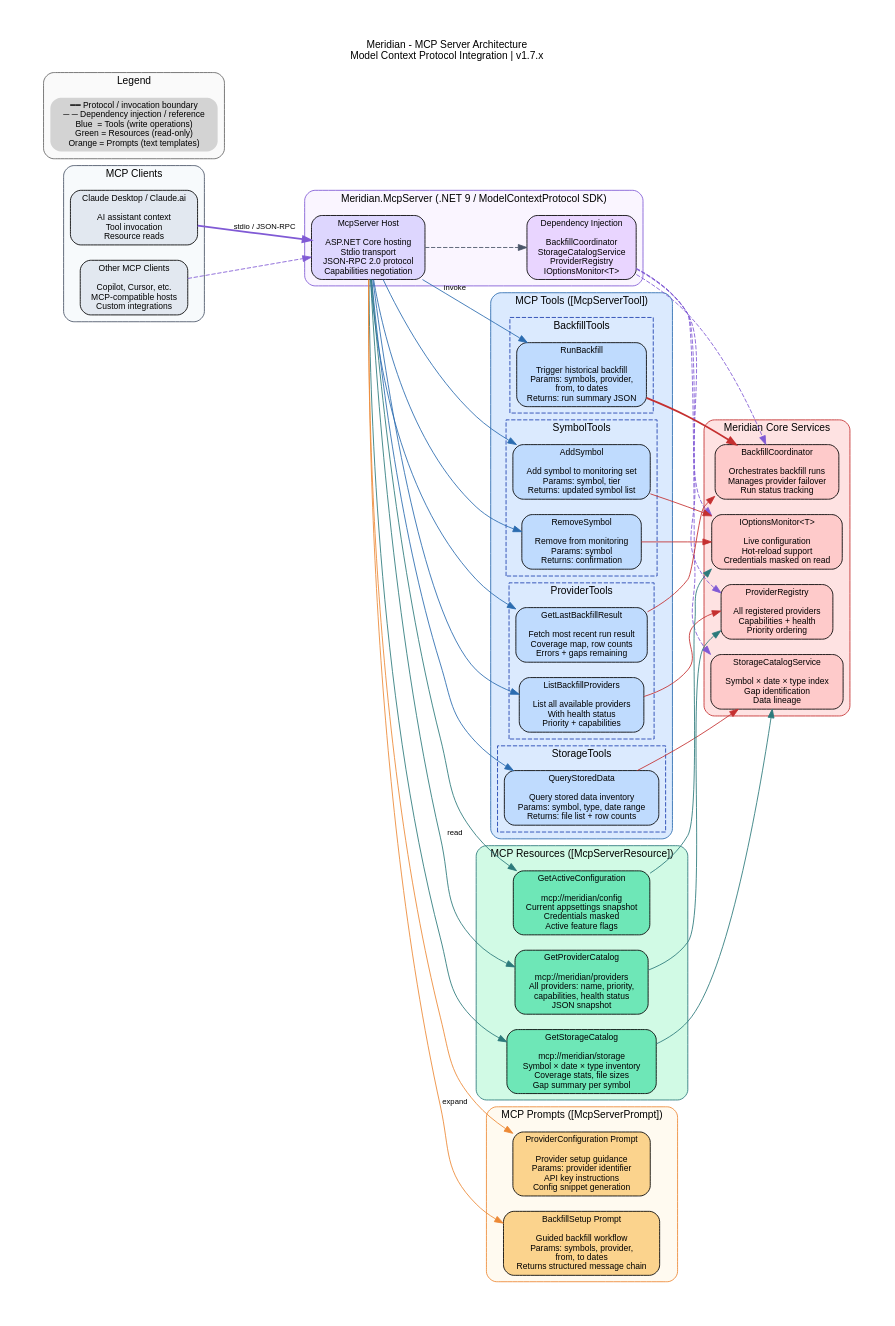
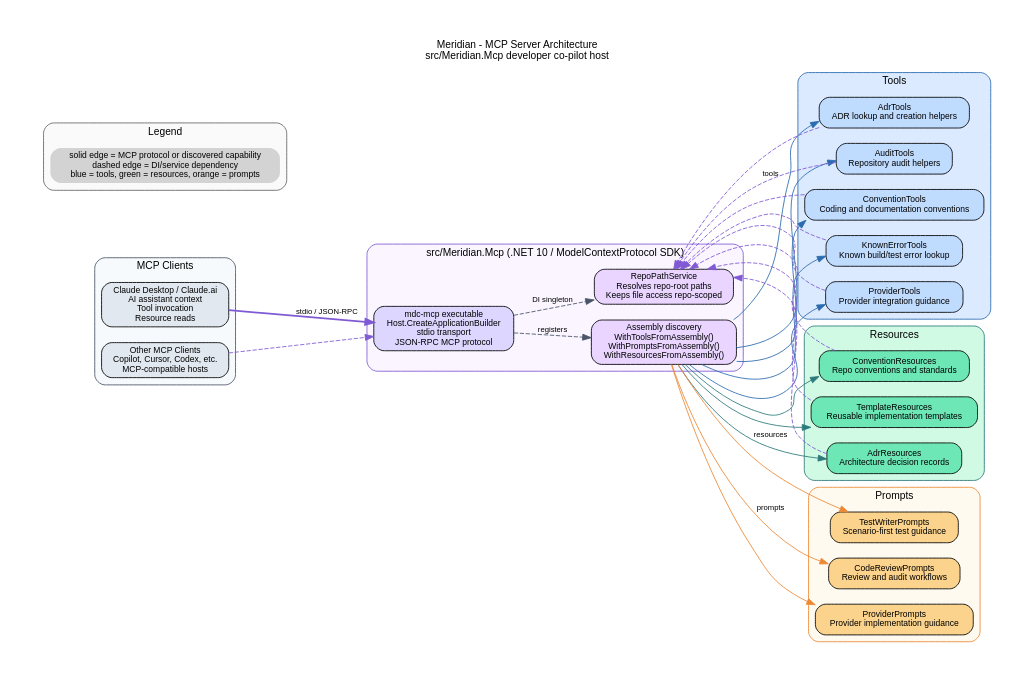
The diagram in docs/diagrams/architecture/platform/mcp-server.dot (rodoHasArrived/Meridian-main), drawn with Graphviz before and after one commit. The commit also changed 85 other files, not shown here.

First line of the commit message:
Regenerate diagrams and add ledger tests

```diff
--- a/docs/diagrams/architecture/platform/mcp-server.dot
+++ b/docs/diagrams/architecture/platform/mcp-server.dot
@@ -1,197 +1,130 @@
 // MCP Server Architecture Diagram
-// Meridian v1.7.x
-// Last Updated: 2026-03-24
+// Meridian current project state
+// Last Updated: 2026-05-28
 //
-// This diagram shows the Model Context Protocol (MCP) server architecture:
-// tools, resources, prompts, and how they integrate with Meridian's core services.
-//
-// Generate: dot -Tpng mcp-server.dot -o mcp-server.png
-//           dot -Tsvg mcp-server.dot -o mcp-server.svg
+// This diagram reflects the active src/Meridian.Mcp host.
+// Render with: npm run generate-diagrams -- --all or Graphviz dot.
 
 digraph McpServer {
   rankdir=LR;
   graph [fontname="Helvetica", fontsize=12, bgcolor="white", compound=true, pad=0.5];
   node  [fontname="Helvetica", fontsize=10, shape=box, style="rounded,filled"];
   edge  [fontname="Helvetica", fontsize=9, color="#4a5568"];
 
-  // Title
   labelloc="t";
-  label="Meridian - MCP Server Architecture\nModel Context Protocol Integration | v1.7.x";
+  label="Meridian - MCP Server Architecture\nsrc/Meridian.Mcp developer co-pilot host";
 
-  // MCP Clients
   subgraph cluster_clients {
     label="MCP Clients";
     color="#4a5568";
     style="rounded";
     bgcolor="#f7fafc";
 
     CLAUDE_CLIENT [fillcolor="#e2e8f0",
-                   label="Claude Desktop / Claude.ai\n\nAI assistant context\nTool invocation\nResource reads"];
+                   label="Claude Desktop / Claude.ai\nAI assistant context\nTool invocation\nResource reads"];
 
     OTHER_CLIENT [fillcolor="#e2e8f0",
-                  label="Other MCP Clients\n\nCopilot, Cursor, etc.\nMCP-compatible hosts\nCustom integrations"];
+                  label="Other MCP Clients\nCopilot, Cursor, Codex, etc.\nMCP-compatible hosts"];
   }
 
-  // MCP Server Host
   subgraph cluster_server {
-    label="Meridian.McpServer (.NET 9 / ModelContextProtocol SDK)";
+    label="src/Meridian.Mcp (.NET 10 / ModelContextProtocol SDK)";
     color="#805ad5";
     style="rounded";
     bgcolor="#faf5ff";
 
     MCP_HOST [fillcolor="#ddd6fe",
-              label="McpServer Host\n\nASP.NET Core hosting\nStdio transport\nJSON-RPC 2.0 protocol\nCapabilities negotiation"];
+              label="mdc-mcp executable\nHost.CreateApplicationBuilder\nstdio transport\nJSON-RPC MCP protocol"];
 
-    DI [fillcolor="#e9d5ff",
-        label="Dependency Injection\n\nBackfillCoordinator\nStorageCatalogService\nProviderRegistry\nIOptionsMonitor<T>"];
+    DISCOVERY [fillcolor="#e9d5ff",
+               label="Assembly discovery\nWithToolsFromAssembly()\nWithPromptsFromAssembly()\nWithResourcesFromAssembly()"];
+
+    REPO_PATH [fillcolor="#e9d5ff",
+               label="RepoPathService\nResolves repo-root paths\nKeeps file access repo-scoped"];
   }
 
-  // Tools
   subgraph cluster_tools {
-    label="MCP Tools ([McpServerTool])";
+    label="Tools";
     color="#2b6cb0";
     style="rounded";
     bgcolor="#dbeafe";
 
-    subgraph cluster_backfill_tools {
-      label="BackfillTools";
-      style="dashed";
-      color="#1e40af";
-
-      T_BACKFILL [fillcolor="#bfdbfe",
-                  label="RunBackfill\n\nTrigger historical backfill\nParams: symbols, provider,\nfrom, to dates\nReturns: run summary JSON"];
-    }
-
-    subgraph cluster_symbol_tools {
-      label="SymbolTools";
-      style="dashed";
-      color="#1e40af";
-
-      T_ADD_SYM [fillcolor="#bfdbfe",
-                 label="AddSymbol\n\nAdd symbol to monitoring set\nParams: symbol, tier\nReturns: updated symbol list"];
-
-      T_RM_SYM [fillcolor="#bfdbfe",
-                label="RemoveSymbol\n\nRemove from monitoring\nParams: symbol\nReturns: confirmation"];
-    }
-
-    subgraph cluster_provider_tools {
-      label="ProviderTools";
-      style="dashed";
-      color="#1e40af";
-
-      T_LIST_PROV [fillcolor="#bfdbfe",
-                   label="ListBackfillProviders\n\nList all available providers\nWith health status\nPriority + capabilities"];
-
-      T_LAST_RESULT [fillcolor="#bfdbfe",
-                     label="GetLastBackfillResult\n\nFetch most recent run result\nCoverage map, row counts\nErrors + gaps remaining"];
-    }
-
-    subgraph cluster_storage_tools {
-      label="StorageTools";
-      style="dashed";
-      color="#1e40af";
-
-      T_QUERY [fillcolor="#bfdbfe",
-               label="QueryStoredData\n\nQuery stored data inventory\nParams: symbol, type, date range\nReturns: file list + row counts"];
-    }
+    ADR_TOOLS [fillcolor="#bfdbfe",
+               label="AdrTools\nADR lookup and creation helpers"];
+    AUDIT_TOOLS [fillcolor="#bfdbfe",
+                 label="AuditTools\nRepository audit helpers"];
+    CONVENTION_TOOLS [fillcolor="#bfdbfe",
+                      label="ConventionTools\nCoding and documentation conventions"];
+    KNOWN_ERROR_TOOLS [fillcolor="#bfdbfe",
+                       label="KnownErrorTools\nKnown build/test error lookup"];
+    PROVIDER_TOOLS [fillcolor="#bfdbfe",
+                    label="ProviderTools\nProvider integration guidance"];
   }
 
-  // Resources
   subgraph cluster_resources {
-    label="MCP Resources ([McpServerResource])";
+    label="Resources";
     color="#2c7a7b";
     style="rounded";
     bgcolor="#d1fae5";
 
-    R_CATALOG [fillcolor="#6ee7b7",
-               label="GetProviderCatalog\n\nmcp://meridian/providers\nAll providers: name, priority,\ncapabilities, health status\nJSON snapshot"];
-
-    R_STORAGE [fillcolor="#6ee7b7",
-               label="GetStorageCatalog\n\nmcp://meridian/storage\nSymbol × date × type inventory\nCoverage stats, file sizes\nGap summary per symbol"];
-
-    R_CONFIG [fillcolor="#6ee7b7",
-              label="GetActiveConfiguration\n\nmcp://meridian/config\nCurrent appsettings snapshot\nCredentials masked\nActive feature flags"];
+    ADR_RESOURCES [fillcolor="#6ee7b7",
+                   label="AdrResources\nArchitecture decision records"];
+    CONVENTION_RESOURCES [fillcolor="#6ee7b7",
+                          label="ConventionResources\nRepo conventions and standards"];
+    TEMPLATE_RESOURCES [fillcolor="#6ee7b7",
+                        label="TemplateResources\nReusable implementation templates"];
   }
 
-  // Prompts
   subgraph cluster_prompts {
-    label="MCP Prompts ([McpServerPrompt])";
+    label="Prompts";
     color="#ed8936";
     style="rounded";
     bgcolor="#fffaf0";
 
-    P_BACKFILL [fillcolor="#fbd38d",
-                label="BackfillSetup Prompt\n\nGuided backfill workflow\nParams: symbols, provider,\nfrom, to dates\nReturns structured message chain"];
-
-    P_PROVIDER [fillcolor="#fbd38d",
-                label="ProviderConfiguration Prompt\n\nProvider setup guidance\nParams: provider identifier\nAPI key instructions\nConfig snippet generation"];
+    CODE_REVIEW_PROMPTS [fillcolor="#fbd38d",
+                         label="CodeReviewPrompts\nReview and audit workflows"];
+    PROVIDER_PROMPTS [fillcolor="#fbd38d",
+                      label="ProviderPrompts\nProvider implementation guidance"];
+    TEST_WRITER_PROMPTS [fillcolor="#fbd38d",
+                         label="TestWriterPrompts\nScenario-first test guidance"];
   }
 
-  // Core Services (Meridian backend)
-  subgraph cluster_backend {
-    label="Meridian Core Services";
-    color="#c53030";
-    style="rounded";
-    bgcolor="#fee2e2";
-
-    BACKFILL_SVC [fillcolor="#fecaca",
-                  label="BackfillCoordinator\n\nOrchestrates backfill runs\nManages provider failover\nRun status tracking"];
-
-    STORAGE_CATALOG [fillcolor="#fecaca",
-                     label="StorageCatalogService\n\nSymbol × date × type index\nGap identification\nData lineage"];
-
-    PROVIDER_REG [fillcolor="#fecaca",
-                  label="ProviderRegistry\n\nAll registered providers\nCapabilities + health\nPriority ordering"];
-
-    CONFIG_SVC [fillcolor="#fecaca",
-                label="IOptionsMonitor<T>\n\nLive configuration\nHot-reload support\nCredentials masked on read"];
-  }
-
-  // Client → Server
   CLAUDE_CLIENT -> MCP_HOST [color="#805ad5", penwidth=2, label="stdio / JSON-RPC"];
   OTHER_CLIENT -> MCP_HOST [color="#805ad5", penwidth=1, style=dashed];
 
-  // Server → components
-  MCP_HOST -> DI [style=dashed];
-  MCP_HOST -> T_BACKFILL [color="#2b6cb0", label="invoke"];
-  MCP_HOST -> T_ADD_SYM [color="#2b6cb0"];
-  MCP_HOST -> T_RM_SYM [color="#2b6cb0"];
-  MCP_HOST -> T_LIST_PROV [color="#2b6cb0"];
-  MCP_HOST -> T_LAST_RESULT [color="#2b6cb0"];
-  MCP_HOST -> T_QUERY [color="#2b6cb0"];
-  MCP_HOST -> R_CATALOG [color="#2c7a7b", label="read"];
-  MCP_HOST -> R_STORAGE [color="#2c7a7b"];
-  MCP_HOST -> R_CONFIG [color="#2c7a7b"];
-  MCP_HOST -> P_BACKFILL [color="#ed8936", label="expand"];
-  MCP_HOST -> P_PROVIDER [color="#ed8936"];
+  MCP_HOST -> DISCOVERY [style=dashed, label="registers"];
+  MCP_HOST -> REPO_PATH [style=dashed, label="DI singleton"];
 
-  // Tools → backend services
-  T_BACKFILL -> BACKFILL_SVC [color="#c53030", penwidth=2];
-  T_ADD_SYM -> CONFIG_SVC [color="#c53030"];
-  T_RM_SYM -> CONFIG_SVC [color="#c53030"];
-  T_LIST_PROV -> PROVIDER_REG [color="#c53030"];
-  T_LAST_RESULT -> BACKFILL_SVC [color="#c53030"];
-  T_QUERY -> STORAGE_CATALOG [color="#c53030"];
+  DISCOVERY -> ADR_TOOLS [color="#2b6cb0", label="tools"];
+  DISCOVERY -> AUDIT_TOOLS [color="#2b6cb0"];
+  DISCOVERY -> CONVENTION_TOOLS [color="#2b6cb0"];
+  DISCOVERY -> KNOWN_ERROR_TOOLS [color="#2b6cb0"];
+  DISCOVERY -> PROVIDER_TOOLS [color="#2b6cb0"];
 
-  // Resources → backend services
-  R_CATALOG -> PROVIDER_REG [color="#2c7a7b"];
-  R_STORAGE -> STORAGE_CATALOG [color="#2c7a7b"];
-  R_CONFIG -> CONFIG_SVC [color="#2c7a7b"];
+  DISCOVERY -> ADR_RESOURCES [color="#2c7a7b", label="resources"];
+  DISCOVERY -> CONVENTION_RESOURCES [color="#2c7a7b"];
+  DISCOVERY -> TEMPLATE_RESOURCES [color="#2c7a7b"];
 
-  // DI wires backend into server
-  DI -> BACKFILL_SVC [style=dashed, color="#805ad5"];
-  DI -> STORAGE_CATALOG [style=dashed, color="#805ad5"];
-  DI -> PROVIDER_REG [style=dashed, color="#805ad5"];
-  DI -> CONFIG_SVC [style=dashed, color="#805ad5"];
+  DISCOVERY -> CODE_REVIEW_PROMPTS [color="#ed8936", label="prompts"];
+  DISCOVERY -> PROVIDER_PROMPTS [color="#ed8936"];
+  DISCOVERY -> TEST_WRITER_PROMPTS [color="#ed8936"];
 
-  // Legend
+  ADR_TOOLS -> REPO_PATH [style=dashed, color="#805ad5"];
+  AUDIT_TOOLS -> REPO_PATH [style=dashed, color="#805ad5"];
+  CONVENTION_TOOLS -> REPO_PATH [style=dashed, color="#805ad5"];
+  KNOWN_ERROR_TOOLS -> REPO_PATH [style=dashed, color="#805ad5"];
+  PROVIDER_TOOLS -> REPO_PATH [style=dashed, color="#805ad5"];
+  ADR_RESOURCES -> REPO_PATH [style=dashed, color="#805ad5"];
+  CONVENTION_RESOURCES -> REPO_PATH [style=dashed, color="#805ad5"];
+  TEMPLATE_RESOURCES -> REPO_PATH [style=dashed, color="#805ad5"];
+
   subgraph cluster_legend {
     label="Legend";
     style="rounded";
     color="#666666";
     bgcolor="#fafafa";
 
     LEG [shape=plaintext,
-         label="━━ Protocol / invocation boundary\n─ ─ Dependency injection / reference\nBlue  = Tools (write operations)\nGreen = Resources (read-only)\nOrange = Prompts (text templates)"];
+         label="solid edge = MCP protocol or discovered capability\n dashed edge = DI/service dependency\n blue = tools, green = resources, orange = prompts"];
   }
 }
```
